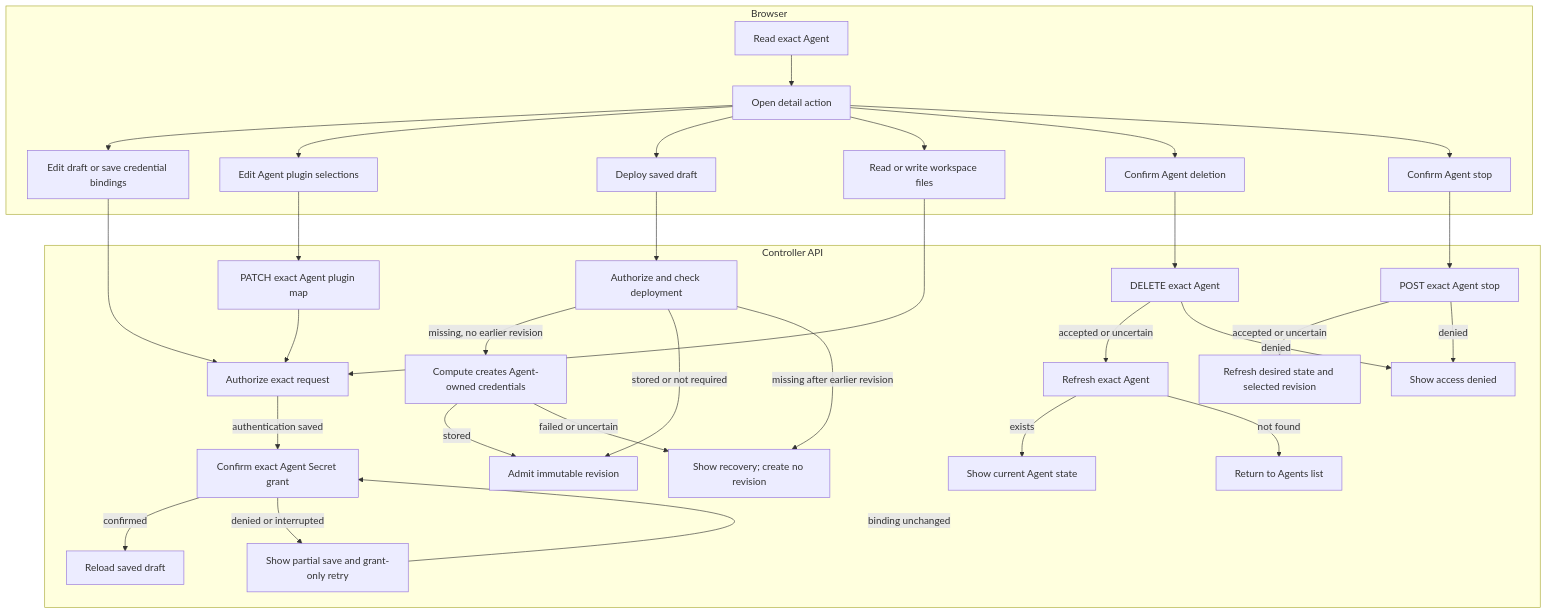
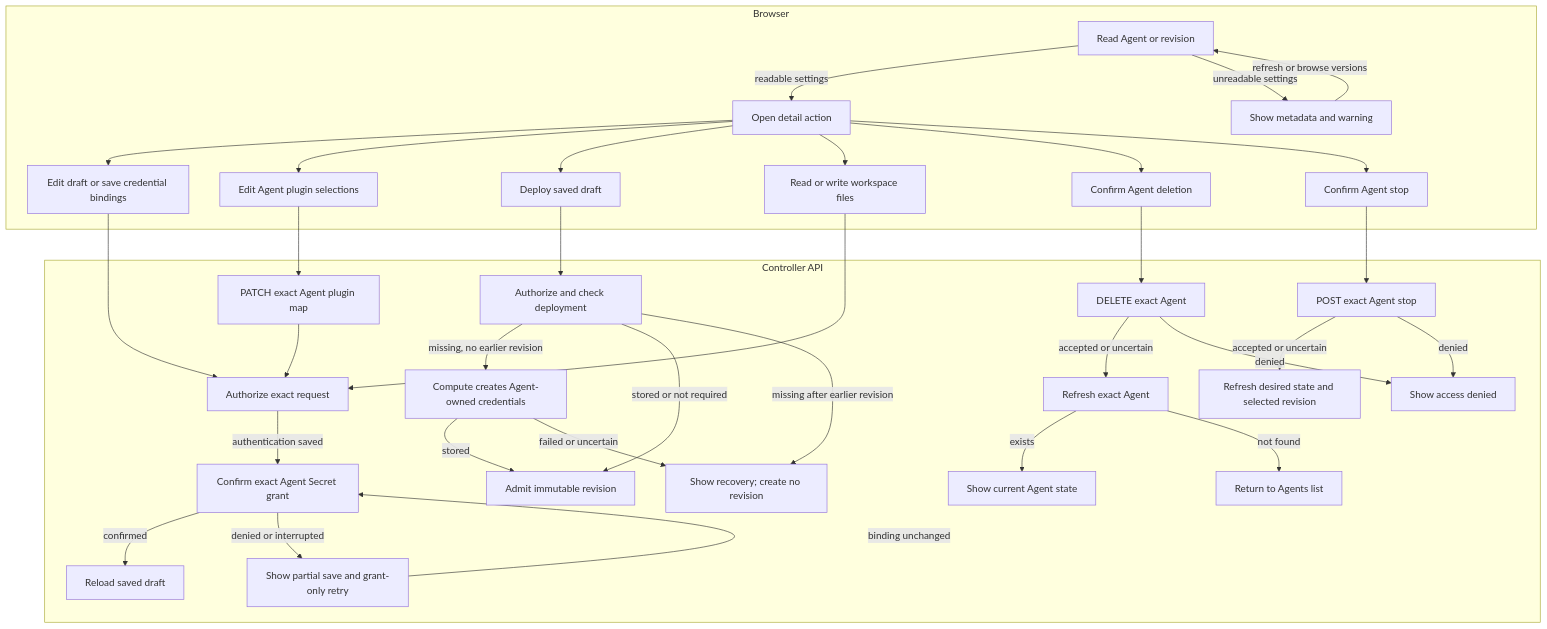
Before and after one commit to IsaiahStapleton/openclaw-enterprise: the diagram in docs/flows/platform-console/agent-editing.md, drawn with Mermaid. The commit also changed other lines of this file and 24 other files, not shown here.

Commit message:
fix(occ): keep unreadable Agent configurations browsable

````diff
--- a/docs/flows/platform-console/agent-editing.md
+++ b/docs/flows/platform-console/agent-editing.md
@@ -25,36 +25,38 @@
 ```mermaid
 graph TD
   subgraph Browser["Browser"]
-    A["Read exact Agent"] --> B["Open detail action"]
+    A["Read Agent or revision"] -->|readable settings| B["Open detail action"]
+    A -->|unreadable settings| AE["Show metadata and warning"]
+    AE -->|refresh or browse versions| A
     B --> C["Edit draft or save credential bindings"]
     B --> P["Edit Agent plugin selections"]
     B --> Q["Deploy saved draft"]
     B --> D["Read or write workspace files"]
     B --> E["Confirm Agent deletion"]
     B --> S["Confirm Agent stop"]
   end
   subgraph API["Controller API"]
     C --> F["Authorize exact request"]
     P --> PA["PATCH exact Agent plugin map"]
     PA --> F
     Q --> Y["Authorize and check deployment"]
     Y -->|missing, no earlier revision| Z["Compute creates Agent-owned credentials"]
     Y -->|stored or not required| R["Admit immutable revision"]
     Z -->|stored| R
     Z -->|failed or uncertain| N["Show recovery; create no revision"]
     Y -->|missing after earlier revision| N
     F -->|authentication saved| V["Confirm exact Agent Secret grant"]
     V -->|confirmed| W["Reload saved draft"]
     V -->|denied or interrupted| X["Show partial save and grant-only retry"]
     X -->|binding unchanged| V
     D --> F
     E --> G["DELETE exact Agent"]
     S --> T["POST exact Agent stop"]
     T -->|accepted or uncertain| U["Refresh desired state and selected revision"]
     T -->|denied| I
     G -->|accepted or uncertain| H["Refresh exact Agent"]
     G -->|denied| I["Show access denied"]
     H -->|exists| J["Show current Agent state"]
     H -->|not found| K["Return to Agents list"]
   end
 ```
````
